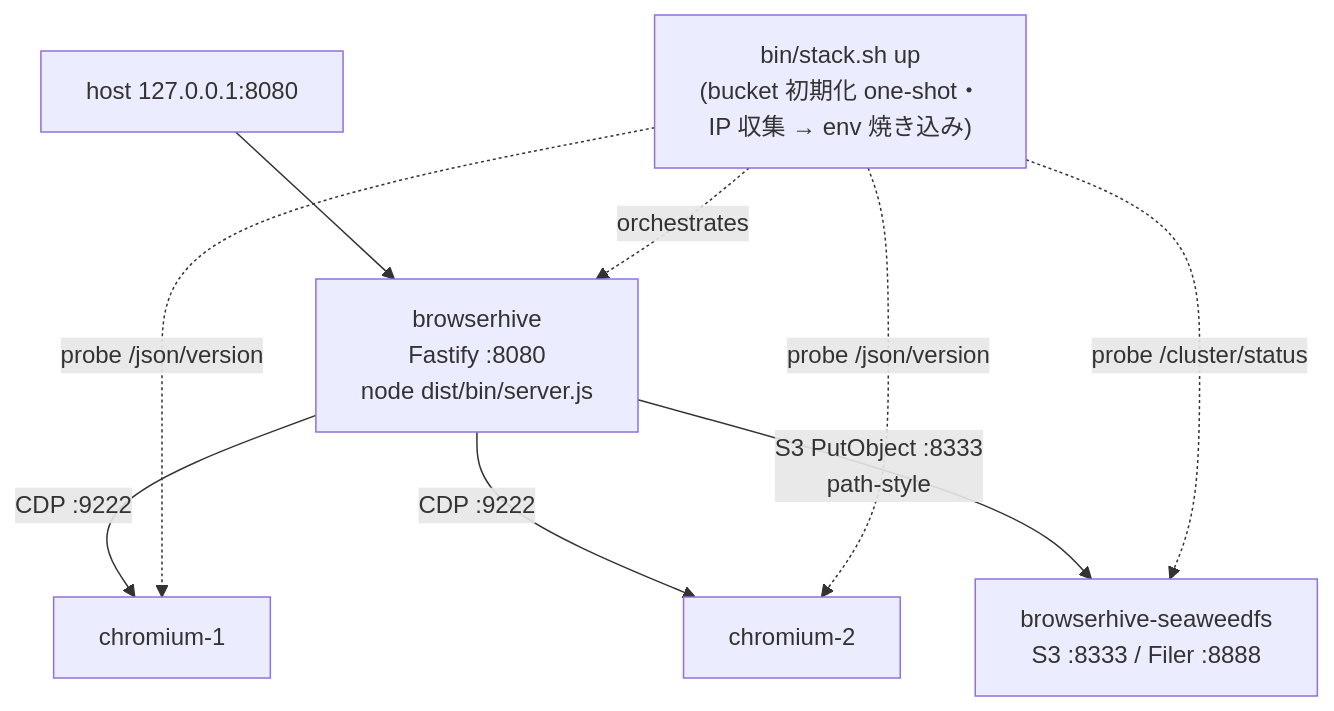
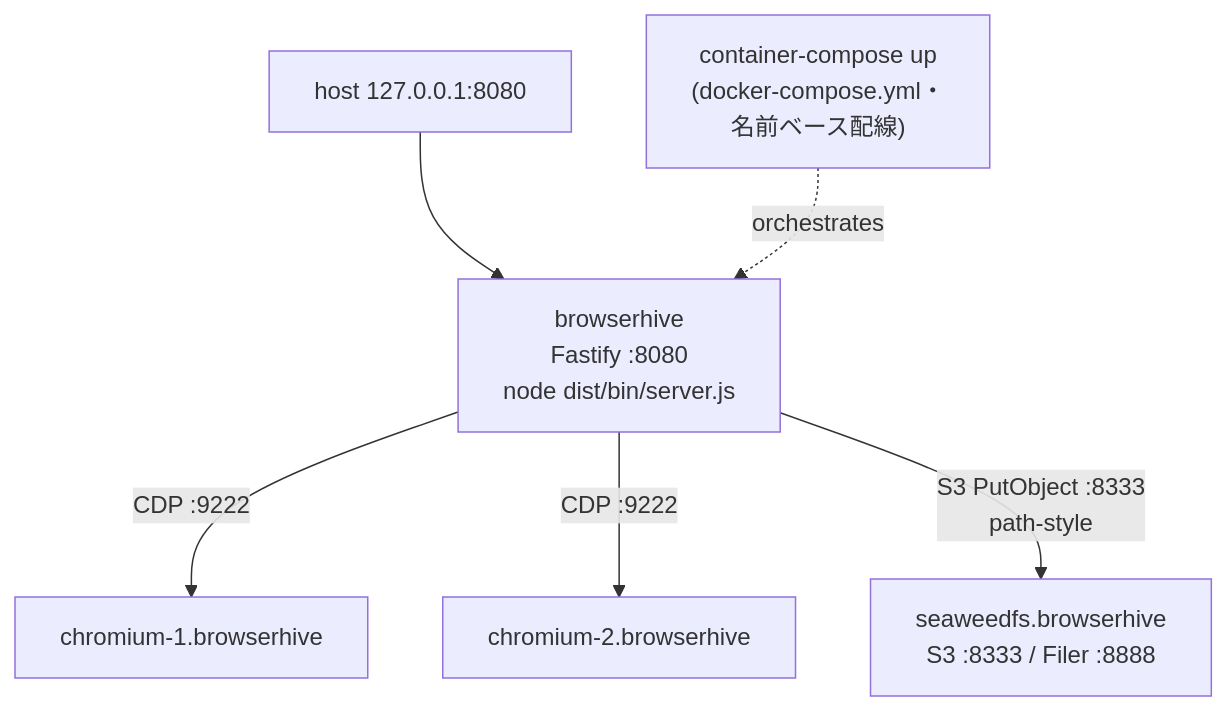
One commit to uraitakahito/browserhive changed the seventh of 7 diagrams in docs-site/src/content/docs/ja/architecture.mdx. Above: the diagram before and after it, drawn with Mermaid. The commit also changed other lines of this file and 9 other files, not shown here.

First line of the commit message:
docs: container-compose stack — DNS names, profiles, readiness

````diff
--- a/docs-site/src/content/docs/ja/architecture.mdx
+++ b/docs-site/src/content/docs/ja/architecture.mdx
@@ -338,11 +339,8 @@
 ```mermaid
 flowchart TD
   HOST["host 127.0.0.1:8080"] --> BH["browserhive<br>Fastify :8080<br>node dist/bin/server.js"]
-  BH -->|"CDP :9222"| C1["chromium-1"]
-  BH -->|"CDP :9222"| C2["chromium-2"]
-  BH -->|"S3 PutObject :8333<br>path-style"| SW["browserhive-seaweedfs<br>S3 :8333 / Filer :8888"]
-  UP["bin/stack.sh up<br>(bucket 初期化 one-shot・<br>IP 収集 → env 焼き込み)"] -.->|orchestrates| BH
-  UP -.->|probe /cluster/status| SW
-  UP -.->|probe /json/version| C1
-  UP -.->|probe /json/version| C2
+  BH -->|"CDP :9222"| C1["chromium-1.browserhive"]
+  BH -->|"CDP :9222"| C2["chromium-2.browserhive"]
+  BH -->|"S3 PutObject :8333<br>path-style"| SW["seaweedfs.browserhive<br>S3 :8333 / Filer :8888"]
+  UP["container-compose up<br>(docker-compose.yml・<br>名前ベース配線)"] -.->|orchestrates| BH
 ```
````
